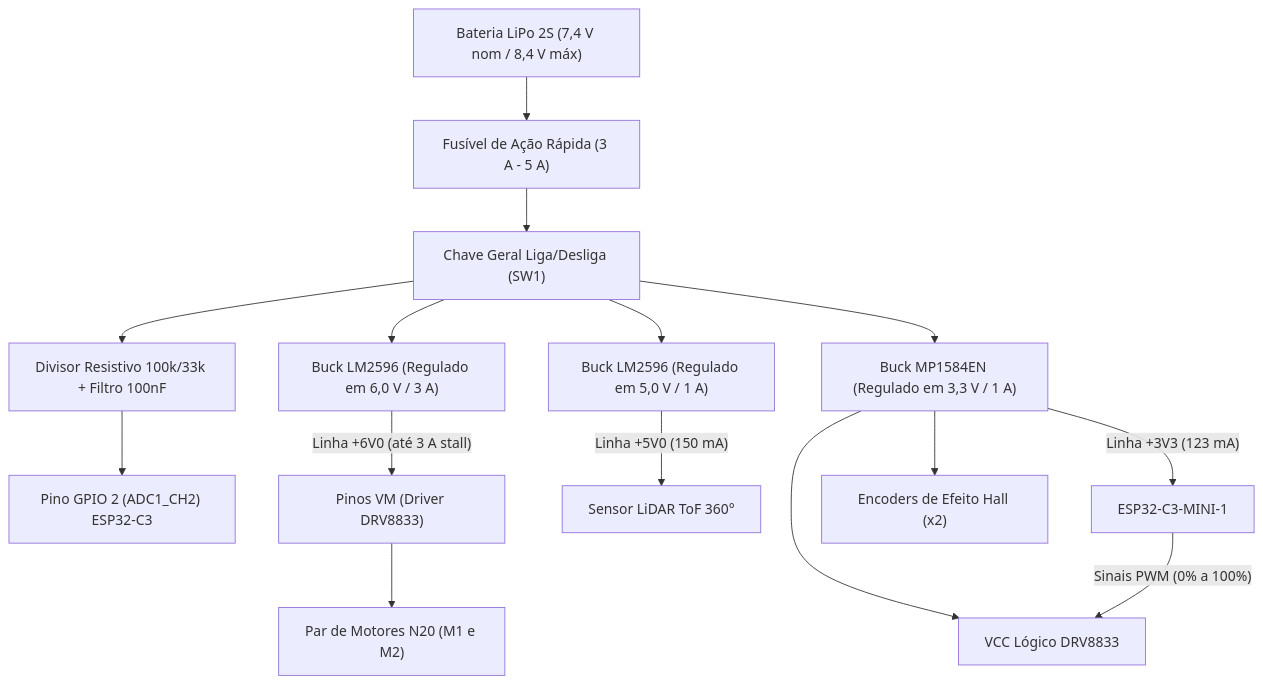
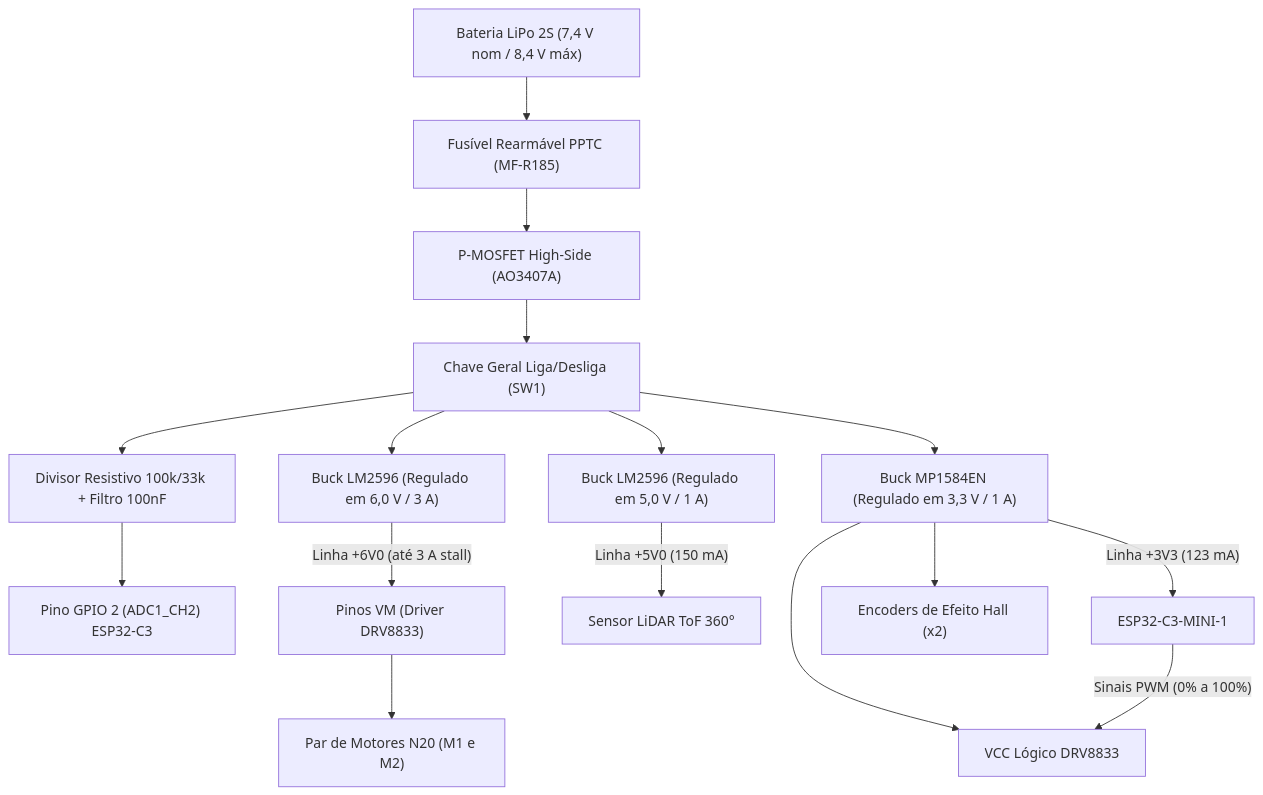
Before and after one commit to claudiohsc/2026_2_PI1_Grupo01_Hilmer-1: the diagram in docs/04-projeto-conceitual/energia.md, drawn with Mermaid. The commit also changed other lines of this file and 7 other files, not shown here.

````diff
--- a/docs/04-projeto-conceitual/energia.md
+++ b/docs/04-projeto-conceitual/energia.md
@@ -413,23 +118,24 @@
 ```mermaid
 flowchart TD
-    BAT["Bateria LiPo 2S (7,4 V nom / 8,4 V máx)"] --> FUSE["Fusível de Ação Rápida (3 A - 5 A)"]
-    FUSE --> SW1["Chave Geral Liga/Desliga (SW1)"]
+    BAT["Bateria LiPo 2S (7,4 V nom / 8,4 V máx)"] --> FUSE["Fusível Rearmável PPTC (MF-R185)"]
+    FUSE --> PMOS["P-MOSFET High-Side (AO3407A)"]
+    PMOS --> SW1["Chave Geral Liga/Desliga (SW1)"]
     
     SW1 --> DIV["Divisor Resistivo 100k/33k + Filtro 100nF"]
     DIV --> ADC["Pino GPIO 2 (ADC1_CH2) ESP32-C3"]
 
     SW1 --> BUCK_6V["Buck LM2596 (Regulado em 6,0 V / 3 A)"]
     SW1 --> BUCK_5V["Buck LM2596 (Regulado em 5,0 V / 1 A)"]
     SW1 --> BUCK_3V3["Buck MP1584EN (Regulado em 3,3 V / 1 A)"]
 
     BUCK_6V -->|"Linha +6V0 (até 3 A stall)"| DRV_VM["Pinos VM (Driver DRV8833)"]
-    DRV_VM --> MOTOES["Par de Motores N20 (M1 e M2)"]
+    DRV_VM --> MOTORES["Par de Motores N20 (M1 e M2)"]
 
     BUCK_5V -->|"Linha +5V0 (150 mA)"| LIDAR["Sensor LiDAR ToF 360°"]
 
     BUCK_3V3 -->|"Linha +3V3 (123 mA)"| MCU["ESP32-C3-MINI-1"]
     BUCK_3V3 --> ENCODERS["Encoders de Efeito Hall (x2)"]
     BUCK_3V3 --> DRV_LOGIC["VCC Lógico DRV8833"]
 
     MCU -->|"Sinais PWM (0% a 100%)"| DRV_LOGIC
 ```
````
